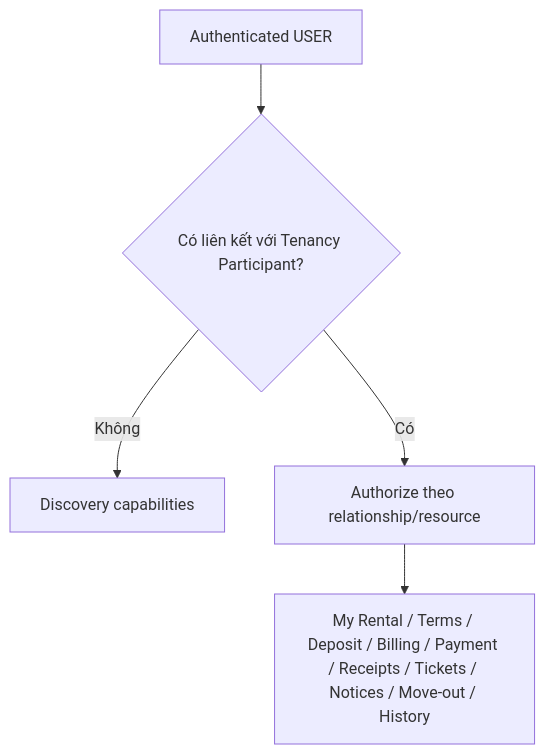
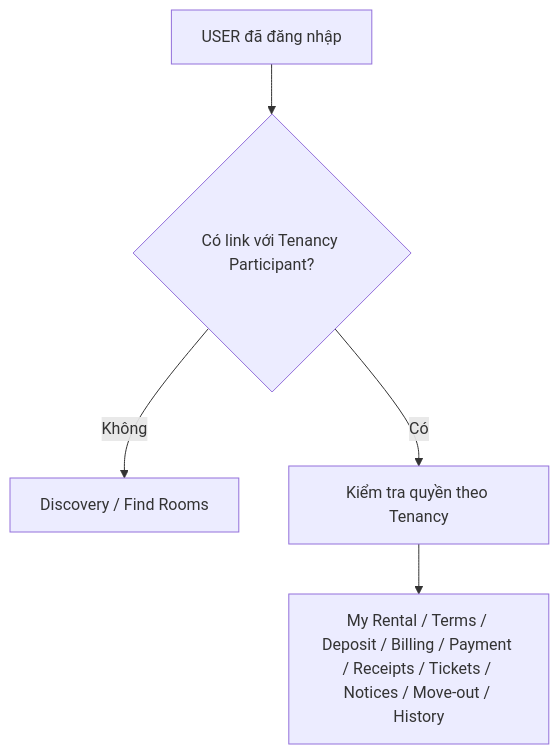
Before and after one commit to Danh20100/moibile_app: the seventh of 7 diagrams in docs/contexts/end-to-end-flows.md, drawn with Mermaid. The commit also changed other lines of this file and 9 other files, not shown here.

````diff
--- a/docs/contexts/end-to-end-flows.md
+++ b/docs/contexts/end-to-end-flows.md
@@ -121,7 +122,7 @@
 ```mermaid
 flowchart TD
-    U[Authenticated USER] --> LINK{Có liên kết với Tenancy Participant?}
-    LINK -->|Không| DISC[Discovery capabilities]
-    LINK -->|Có| AUTH[Authorize theo relationship/resource]
-    AUTH --> PORTAL[My Rental / Terms / Deposit / Billing / Payment / Receipts / Tickets / Notices / Move-out / History]
+    U["USER đã đăng nhập"] --> L{"Có link với Tenancy Participant?"}
+    L -->|"Không"| D["Discovery / Find Rooms"]
+    L -->|"Có"| A["Kiểm tra quyền theo Tenancy"]
+    A --> P["My Rental / Terms / Deposit / Billing / Payment / Receipts / Tickets / Notices / Move-out / History"]
 ```
````
